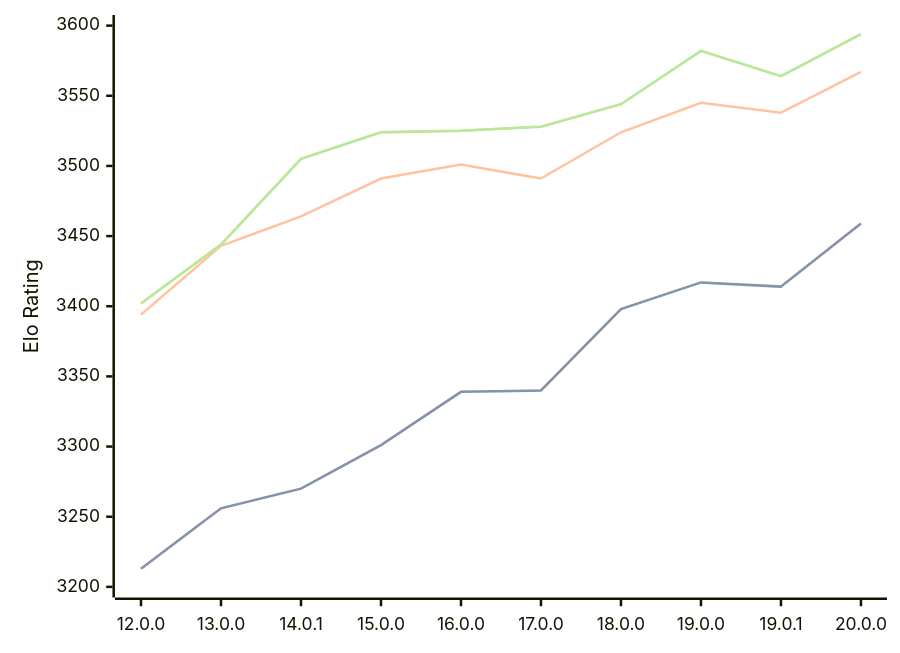
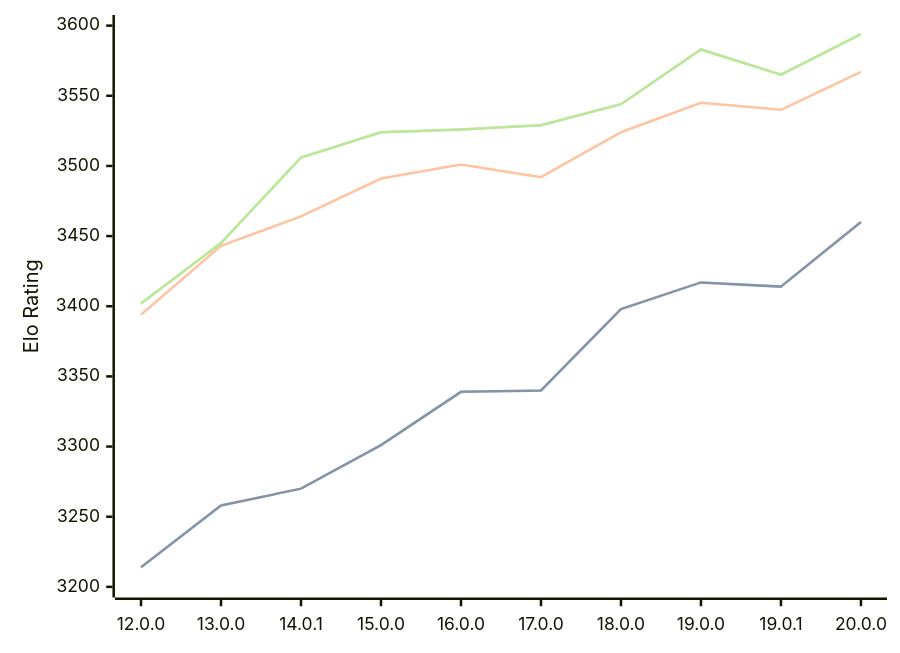
One commit to computer-chess-index/cci changed the diagram in engines/Viridithas.md. Above: the diagram before and after it, drawn with Mermaid. The commit also changed other lines of this file, not shown here.

Commit message:
Update CCI Ratings (ELO VLTC) - 2026-10-02

````diff
--- a/engines/Viridithas.md
+++ b/engines/Viridithas.md
@@ -40,11 +40,11 @@
 ```mermaid
 %%{init: {"theme":"base","themeVariables":{"seriesColors:['#a3a3a3','#222221','#faa371']}}}%%
 xychart-beta
   x-axis ["12.0.0", "13.0.0", "14.0.1", "15.0.0", "16.0.0", "17.0.0", "18.0.0", "19.0.0", "19.0.1", "20.0.0"]
   y-axis "Elo Rating" 3200 --> 3600
-  line "" [3213, 3256, 3270, 3301, 3339, 3340, 3398, 3417, 3414, 3459]
-  line "STC (8.0+0.08s)" [3213, 3256, 3270, 3301, 3339, 3340, 3398, 3417, 3414, 3459]
-  line "LTC (60.0+0.60s)" [3394, 3443, 3464, 3491, 3501, 3491, 3524, 3545, 3538, 3567]
-  line "" [3402, 3444, 3505, 3524, 3525, 3528, 3544, 3582, 3564, 3594]
-  line "VLTC (2m24s+1.12s)" [3402, 3444, 3505, 3524, 3525, 3528, 3544, 3582, 3564, 3594]
+  line "" [3214, 3258, 3270, 3301, 3339, 3340, 3398, 3417, 3414, 3460]
+  line "STC (8.0+0.08s)" [3214, 3258, 3270, 3301, 3339, 3340, 3398, 3417, 3414, 3460]
+  line "LTC (60.0+0.60s)" [3394, 3443, 3464, 3491, 3501, 3492, 3524, 3545, 3540, 3567]
+  line "" [3402, 3445, 3506, 3524, 3526, 3529, 3544, 3583, 3565, 3594]
+  line "VLTC (2m24s+1.12s)" [3402, 3445, 3506, 3524, 3526, 3529, 3544, 3583, 3565, 3594]
 ```
````
